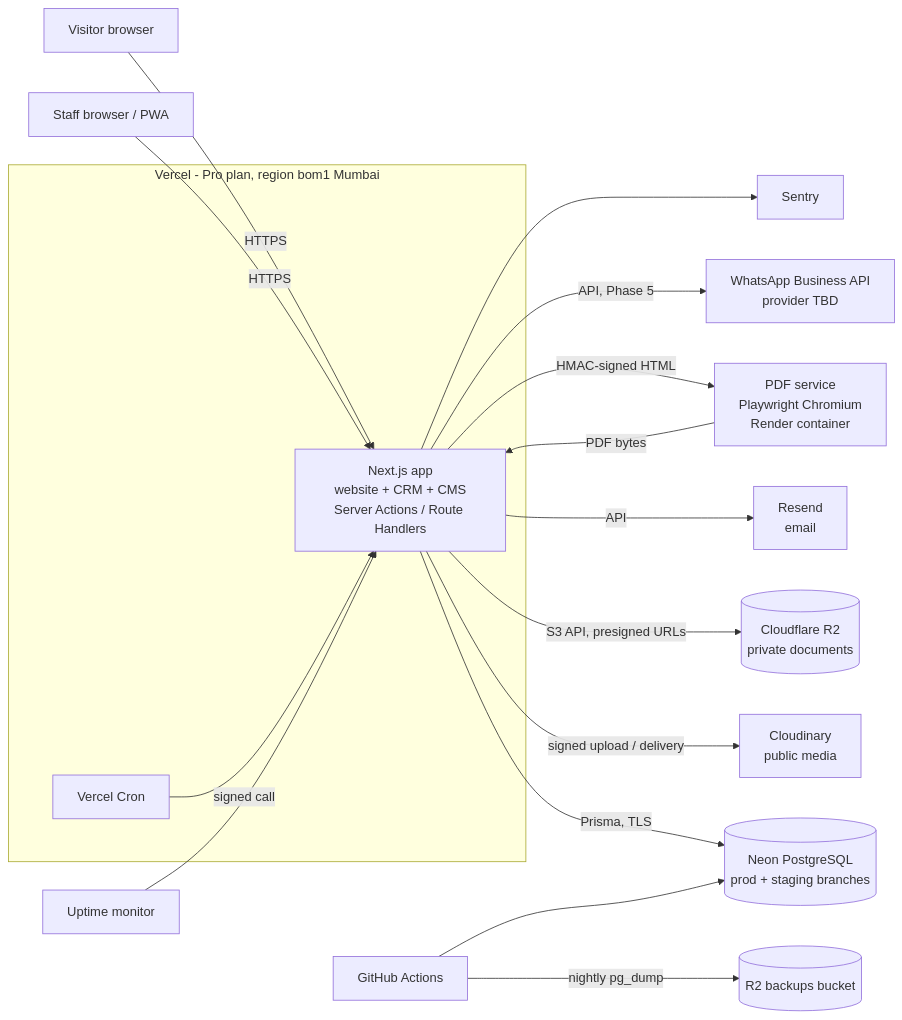
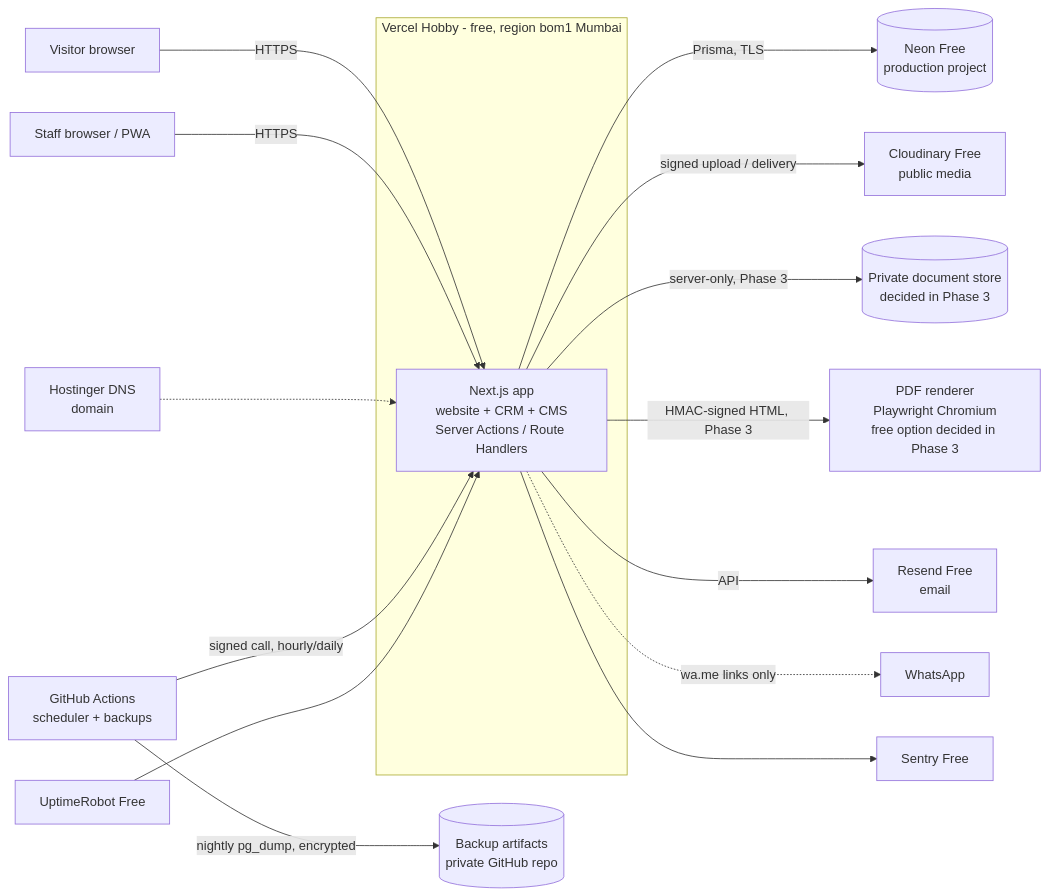
The diagram in docs/architecture.md (SHUBHAMREWA/thesundarampalace), drawn with Mermaid before and after one commit. The commit also changed other lines of this file and 6 other files, not shown here.

First line of the commit message:
Phase 0: switch plan to free tiers only

````diff
--- a/docs/architecture.md
+++ b/docs/architecture.md
@@ -20,21 +22,19 @@
 ```mermaid
 flowchart LR
   visitor[Visitor browser] -->|HTTPS| app
   staff[Staff browser / PWA] -->|HTTPS| app
-  subgraph Vercel [Vercel - Pro plan, region bom1 Mumbai]
+  dns[Hostinger DNS<br/>domain] -.-> app
+  subgraph Vercel [Vercel Hobby - free, region bom1 Mumbai]
     app[Next.js app<br/>website + CRM + CMS<br/>Server Actions / Route Handlers]
-    cron[Vercel Cron]
   end
-  cron -->|signed call| app
-  app -->|Prisma, TLS| db[(Neon PostgreSQL<br/>prod + staging branches)]
-  app -->|signed upload / delivery| cld[Cloudinary<br/>public media]
-  app -->|S3 API, presigned URLs| r2[(Cloudflare R2<br/>private documents)]
-  app -->|HMAC-signed HTML| pdf[PDF service<br/>Playwright Chromium<br/>Render container]
-  pdf -->|PDF bytes| app
-  app -->|API| mail[Resend<br/>email]
-  app -->|API, Phase 5| wa[WhatsApp Business API<br/>provider TBD]
-  app --> sentry[Sentry]
-  uptime[Uptime monitor] --> app
-  gha[GitHub Actions] -->|nightly pg_dump| r2b[(R2 backups bucket)]
-  gha --> db
+  gha[GitHub Actions<br/>scheduler + backups] -->|signed call, hourly/daily| app
+  app -->|Prisma, TLS| db[(Neon Free<br/>production project)]
+  gha -->|nightly pg_dump, encrypted| bk[(Backup artifacts<br/>private GitHub repo)]
+  app -->|signed upload / delivery| cld[Cloudinary Free<br/>public media]
+  app -->|server-only, Phase 3| priv[(Private document store<br/>decided in Phase 3)]
+  app -->|HMAC-signed HTML, Phase 3| pdf[PDF renderer<br/>Playwright Chromium<br/>free option decided in Phase 3]
+  app -->|API| mail[Resend Free<br/>email]
+  app -.->|wa.me links only| wa[WhatsApp]
+  app --> sentry[Sentry Free]
+  uptime[UptimeRobot Free] --> app
 ```
````
